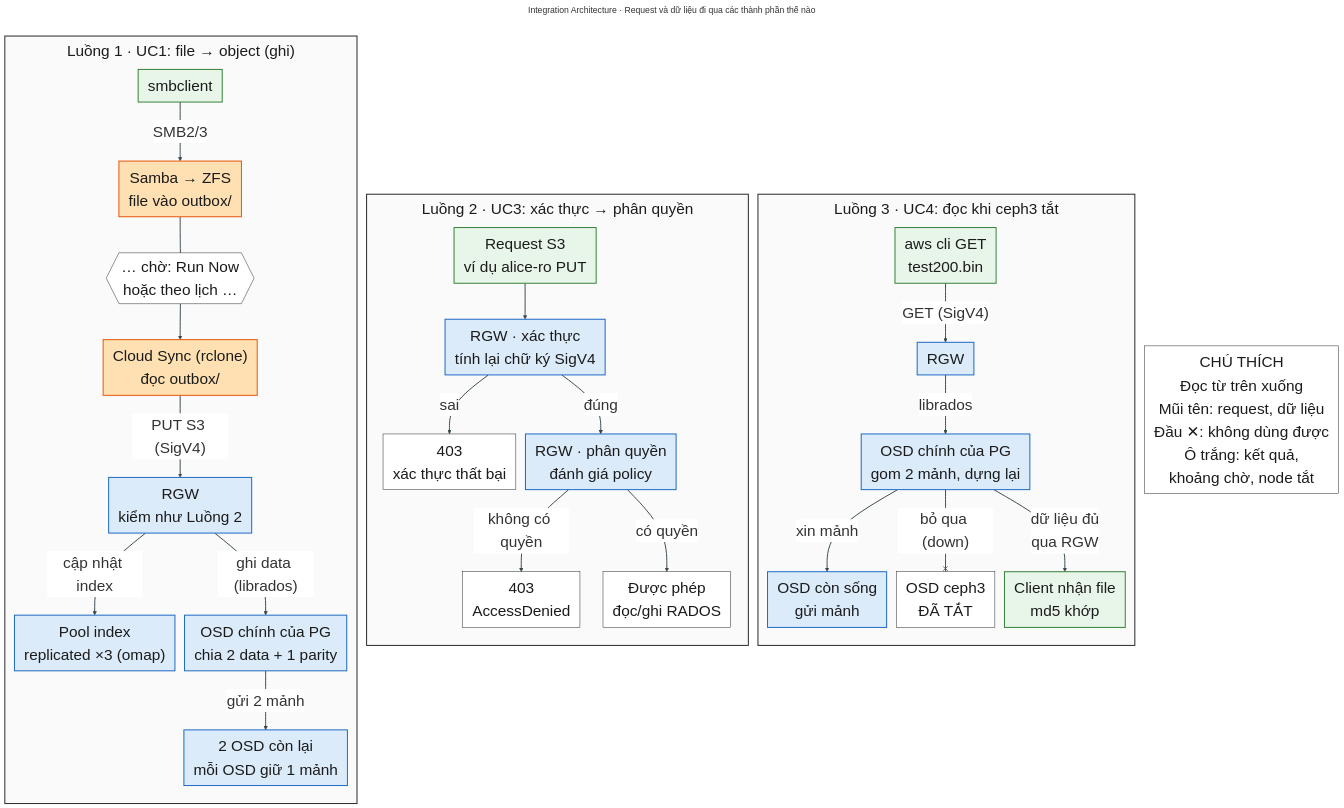
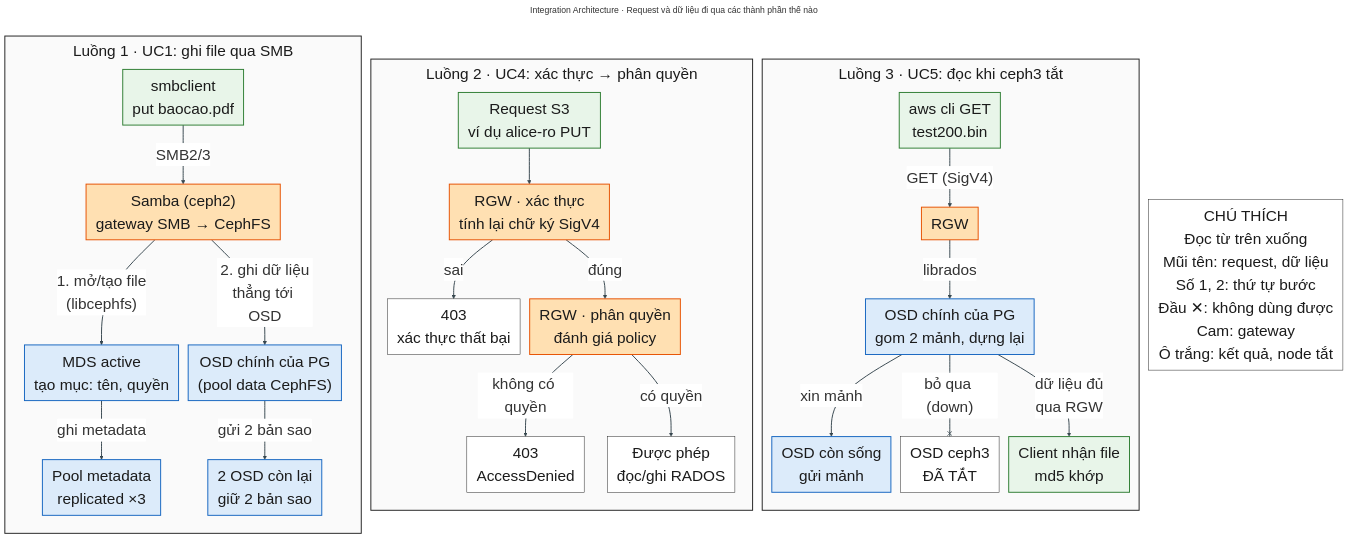
One commit to HDungg925/Project changed the diagram in NT132-P2-kien-truc/slide08-integration.mmd. Above: the diagram before and after it, drawn with Mermaid. The commit also changed 11 other files, not shown here.

```diff
--- a/NT132-P2-kien-truc/slide08-integration.mmd
+++ b/NT132-P2-kien-truc/slide08-integration.mmd
@@ -1,85 +1,86 @@
 ---
 title: "Integration Architecture · Request và dữ liệu đi qua các thành phần thế nào"
+config:
+  layout: dagre
+  theme: base
+  themeVariables: {"fontSize": "32px", "fontFamily": "Arial, Helvetica, sans-serif", "lineColor": "#37474F", "edgeLabelBackground": "#FFFFFF"}
+  themeCSS: ".flowchartTitleText { font-size: 42px; font-weight: bold; } .edgeLabel div { max-width: none !important; white-space: nowrap !important; }"
+  flowchart: {"curve": "basis", "wrappingWidth": 650, "nodeSpacing": 20, "rankSpacing": 50, "padding": 10, "subGraphTitleMargin": {"top": 6, "bottom": 26}}
 ---
-%%{init: {"theme": "base", "themeVariables": {"fontSize": "32px", "fontFamily": "Arial, Helvetica, sans-serif", "lineColor": "#37474F", "edgeLabelBackground": "#FFFFFF"}, "themeCSS": ".flowchartTitleText { font-size: 42px; font-weight: bold; } .edgeLabel div { max-width: none !important; white-space: nowrap !important; }", "flowchart": {"curve": "basis", "wrappingWidth": 650, "nodeSpacing": 20, "rankSpacing": 50, "padding": 10, "subGraphTitleMargin": {"top": 6, "bottom": 26}}}}%%
 flowchart TB
-    %% ===== BẢNG MÀU CHUNG (giữ nguyên như slide 6-7) =====
+    %% ===== BẢNG MÀU CHUNG v3 (giữ nguyên như slide 6-7) =====
     classDef client  fill:#E8F5E9,stroke:#2E7D32,stroke-width:2px,color:#1B1B1B
-    classDef truenas fill:#FFE0B2,stroke:#E65100,stroke-width:2px,color:#1B1B1B
+    classDef gateway fill:#FFE0B2,stroke:#E65100,stroke-width:2px,color:#1B1B1B
     classDef ceph    fill:#DCEBFA,stroke:#1565C0,stroke-width:2px,color:#1B1B1B
     classDef infra   fill:#EDE7F6,stroke:#4527A0,stroke-width:2px,color:#1B1B1B
     classDef should  fill:#F5F5F5,stroke:#616161,stroke-width:2px,stroke-dasharray:6 4,color:#424242
     classDef note    fill:#FFFFFF,stroke:#212121,stroke-width:1px,color:#1B1B1B
 
     %% Khai báo Luồng 3 → 2 → 1 là CỐ Ý: Mermaid xếp các khung rời nhau theo thứ tự ngược,
     %% nên trên hình sẽ hiện Luồng 1 → 2 → 3 từ trái sang phải.
-    %% ===== LUỒNG 3: UC4 đọc khi thiếu 1 node =====
-    subgraph L3["Luồng 3 · UC4: đọc khi ceph3 tắt"]
+    %% ===== LUỒNG 3: UC5 đọc khi thiếu 1 node =====
+    subgraph L3["Luồng 3 · UC5: đọc khi ceph3 tắt"]
         direction TB
         C1["aws cli GET<br/>test200.bin"]
         C2["RGW"]
         C3["OSD chính của PG<br/>gom 2 mảnh, dựng lại"]
         C4["OSD còn sống<br/>gửi mảnh"]
         C5["OSD ceph3<br/>ĐÃ TẮT"]
         C6["Client nhận file<br/>md5 khớp"]
     end
 
-    %% ===== LUỒNG 2: UC3 xác thực rồi phân quyền =====
-    subgraph L2["Luồng 2 · UC3: xác thực → phân quyền"]
+    %% ===== LUỒNG 2: UC4 xác thực rồi phân quyền =====
+    subgraph L2["Luồng 2 · UC4: xác thực → phân quyền"]
         direction TB
         B1["Request S3<br/>ví dụ alice-ro PUT"]
         B2["RGW · xác thực<br/>tính lại chữ ký SigV4"]
         B3["403<br/>xác thực thất bại"]
         B4["RGW · phân quyền<br/>đánh giá policy"]
         B5["403<br/>AccessDenied"]
         B6["Được phép<br/>đọc/ghi RADOS"]
     end
 
-    %% ===== LUỒNG 1: UC1 PUSH, file thành object =====
-    subgraph L1["Luồng 1 · UC1: file → object (ghi)"]
+    %% ===== LUỒNG 1: UC1 ghi file qua SMB =====
+    subgraph L1["Luồng 1 · UC1: ghi file qua SMB"]
         direction TB
-        A1["smbclient"]
-        A2["Samba → ZFS<br/>file vào outbox/"]
-        A3{{"… chờ: Run Now<br/>hoặc theo lịch …"}}
-        A4["Cloud Sync (rclone)<br/>đọc outbox/"]
-        A5["RGW<br/>kiểm như Luồng 2"]
-        A6["Pool index<br/>replicated ×3 (omap)"]
-        A7["OSD chính của PG<br/>chia 2 data + 1 parity"]
-        A8["2 OSD còn lại<br/>mỗi OSD giữ 1 mảnh"]
+        A1["smbclient<br/>put baocao.pdf"]
+        A2["Samba (ceph2)<br/>gateway SMB → CephFS"]
+        A3["MDS active<br/>tạo mục: tên, quyền"]
+        A4["Pool metadata<br/>replicated ×3"]
+        A5["OSD chính của PG<br/>(pool data CephFS)"]
+        A6["2 OSD còn lại<br/>giữ 2 bản sao"]
     end
 
     %% Chú thích để rời, không nối: nối vào một luồng làm v11 kéo giãn luồng đó
-    LEG["CHÚ THÍCH<br/>Đọc từ trên xuống<br/>Mũi tên: request, dữ liệu<br/>Đầu ✕: không dùng được<br/>Ô trắng: kết quả,<br/>khoảng chờ, node tắt"]
+    LEG["CHÚ THÍCH<br/>Đọc từ trên xuống<br/>Mũi tên: request, dữ liệu<br/>Số 1, 2: thứ tự bước<br/>Đầu ✕: không dùng được<br/>Cam: gateway<br/>Ô trắng: kết quả, node tắt"]
 
-    %% ===== Luồng 1 (link 0-6) =====
+    %% ===== Luồng 1 (link 0-4) =====
     A1 -->|"SMB2/3"| A2
-    A2 --- A3
-    A3 --> A4
-    A4 -->|"PUT S3 (SigV4)"| A5
-    A5 -->|"cập nhật index"| A6
-    A5 -->|"ghi data (librados)"| A7
-    A7 -->|"gửi 2 mảnh"| A8
+    A2 -->|"1. mở/tạo file<br/>(libcephfs)"| A3
+    A3 -->|"ghi metadata"| A4
+    A2 -->|"2. ghi dữ liệu<br/>thẳng tới OSD"| A5
+    A5 -->|"gửi 2 bản sao"| A6
 
-    %% ===== Luồng 2 (link 7-11) =====
+    %% ===== Luồng 2 (link 5-9) =====
     B1 --> B2
     B2 -->|"sai"| B3
     B2 -->|"đúng"| B4
     B4 -->|"không có quyền"| B5
     B4 -->|"có quyền"| B6
 
-    %% ===== Luồng 3 (link 12-16) =====
+    %% ===== Luồng 3 (link 10-14) =====
     C1 -->|"GET (SigV4)"| C2
     C2 -->|"librados"| C3
     C3 -->|"xin mảnh"| C4
     C3 --x|"bỏ qua (down)"| C5
     C3 -->|"dữ liệu đủ<br/>qua RGW"| C6
 
-    linkStyle 0,1,2,3,4,5,6,7,8,9,10,11,12,13,14,15,16 stroke:#37474F,stroke-width:2px
+    linkStyle 0,1,2,3,4,5,6,7,8,9,10,11,12,13,14 stroke:#37474F,stroke-width:2px
 
     class A1,B1,C1,C6 client
-    class A2,A4 truenas
-    class A5,A6,A7,A8,B2,B4,C2,C3,C4 ceph
-    class A3,B3,B5,B6,C5,LEG note
+    class A2,B2,B4,C2 gateway
+    class A3,A4,A5,A6,C3,C4 ceph
+    class B3,B5,B6,C5,LEG note
     style L1 fill:#FAFAFA,stroke:#212121,stroke-width:2px,color:#1B1B1B
     style L2 fill:#FAFAFA,stroke:#212121,stroke-width:2px,color:#1B1B1B
     style L3 fill:#FAFAFA,stroke:#212121,stroke-width:2px,color:#1B1B1B
```
